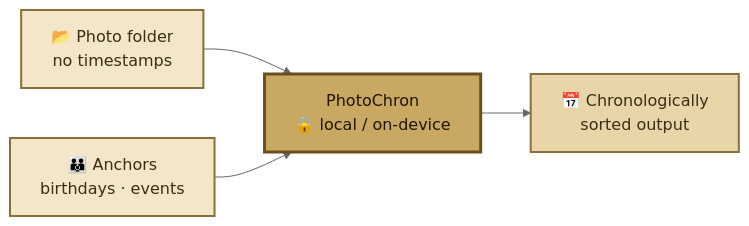
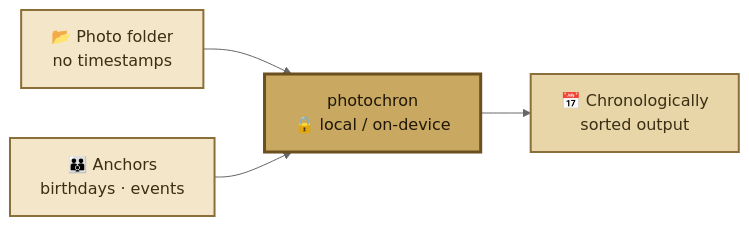
One commit to micschr0/photochron changed the first of 2 diagrams in README.md. Above: the diagram before and after it, drawn with Mermaid (neutral theme). The commit also changed other lines of this file and 36 other files, not shown here.

````diff
--- a/README.md
+++ b/README.md
@@ -11,10 +13,10 @@
 ```mermaid
 flowchart LR
-    A[📂 Photo folder<br/>no timestamps]:::input --> P[PhotoChron<br/>🔒 local / on-device]:::core
+    A[📂 Photo folder<br/>no timestamps]:::input --> P[photochron<br/>🔒 local / on-device]:::core
     K[👪 Anchors<br/>birthdays · events]:::input --> P
     P --> O[📅 Chronologically<br/>sorted output]:::output
 
     classDef input fill:#f4e6c8,stroke:#8a6f3a,stroke-width:2px,color:#3a2e14
     classDef core fill:#c9a961,stroke:#6b4f1f,stroke-width:3px,color:#1f1608
     classDef output fill:#e8d5a8,stroke:#8a6f3a,stroke-width:2px,color:#3a2e14
 ```
````
